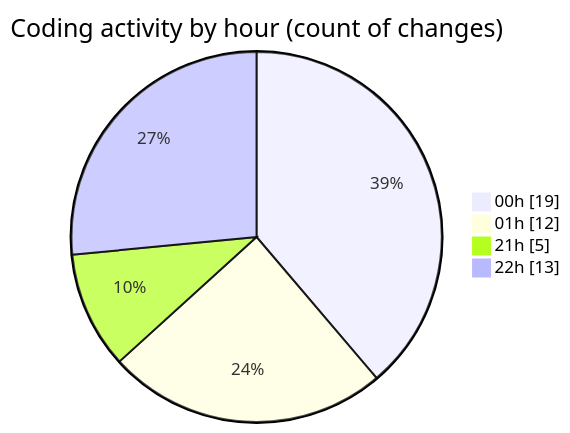
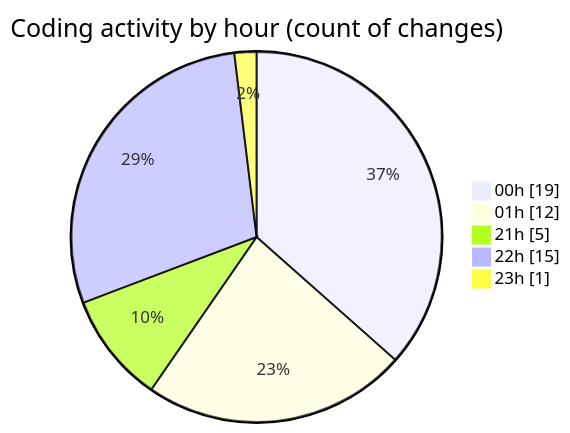
One commit to hasnaa123/code-tracking changed the second of 2 diagrams in 2025-12-11/technologie_web/README.md. Above: the diagram before and after it, drawn with Mermaid. The commit also changed other lines of this file and 1 other file, not shown here.

````diff
--- a/2025-12-11/technologie_web/README.md
+++ b/2025-12-11/technologie_web/README.md
@@ -33,8 +33,9 @@
 ```mermaid
 pie showData
 title Coding activity by hour (count of changes)
 "00h" : 19
 "01h" : 12
 "21h" : 5
-"22h" : 13
+"22h" : 15
+"23h" : 1
 ```
````
